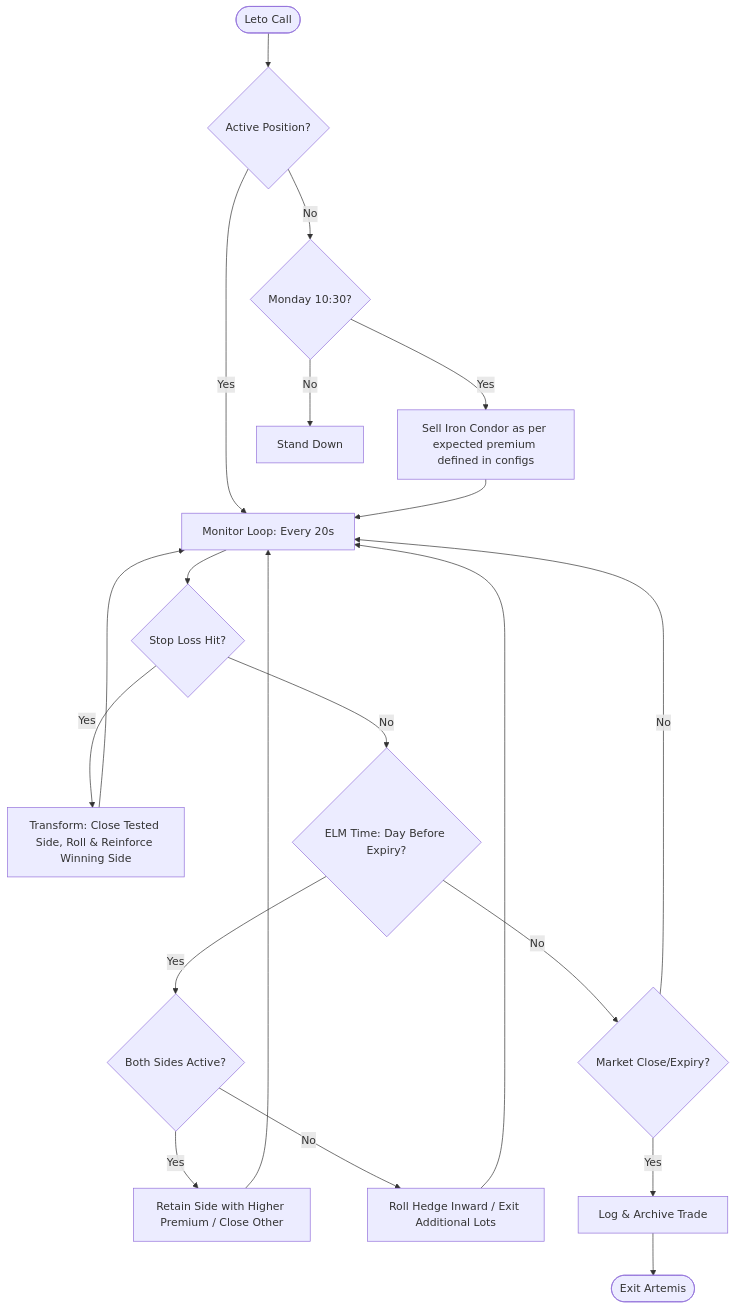
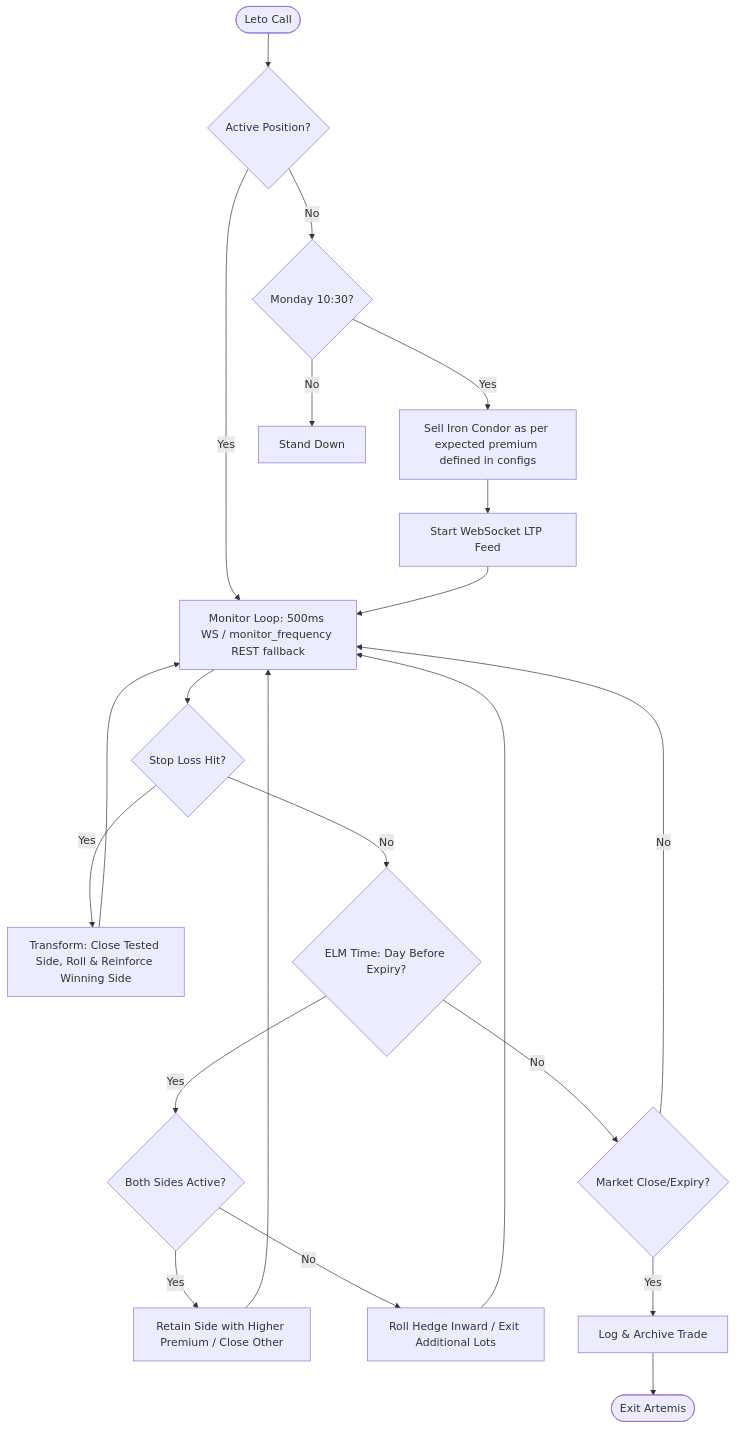
Before and after one commit to parijnan/algo-trading-lab: the diagram in artemis_production/README.md, drawn with Mermaid. The commit also changed other lines of this file and 3 other files, not shown here.

Commit message:
Docs: Document WebSocket LTP feed across all strategy READMEs and root README

````diff
--- a/artemis_production/README.md
+++ b/artemis_production/README.md
@@ -39,26 +39,27 @@
 ```mermaid
 graph TD
     Start([Leto Call]) --> EntryCheck{Active Position?}
     EntryCheck -- No --> Monday{Monday 10:30?}
     Monday -- Yes --> SetupIC[Sell Iron Condor as per expected premium defined in configs]
     Monday -- No --> StandDown[Stand Down]
     
-    EntryCheck -- Yes --> Monitor[Monitor Loop: Every 20s]
-    SetupIC --> Monitor
+    EntryCheck -- Yes --> Monitor[Monitor Loop: 500ms WS / monitor_frequency REST fallback]
+    SetupIC --> WS[Start WebSocket LTP Feed]
+    WS --> Monitor
     
     Monitor --> SLHit{Stop Loss Hit?}
     SLHit -- Yes --> Transform[Transform: Close Tested Side, Roll & Reinforce Winning Side]
     Transform --> Monitor
     
     SLHit -- No --> ELMCheck{ELM Time: Day Before Expiry?}
     ELMCheck -- Yes --> ELMType{Both Sides Active?}
     ELMType -- Yes --> ChooseSide[Retain Side with Higher Premium / Close Other]
     ELMType -- No --> ELMAdj[Roll Hedge Inward / Exit Additional Lots]
     ELMCheck -- No --> Expiry{Market Close/Expiry?}
     
     ChooseSide --> Monitor
     ELMAdj --> Monitor
     Expiry -- No --> Monitor
     Expiry -- Yes --> Archive[Log & Archive Trade]
     Archive --> End([Exit Artemis])
 ```
````
